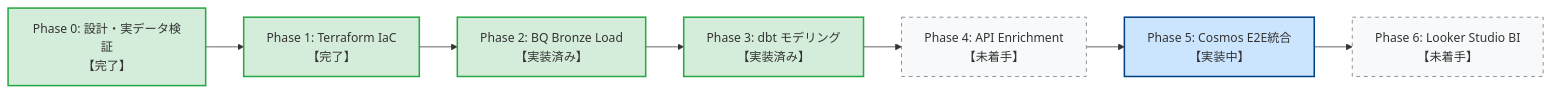
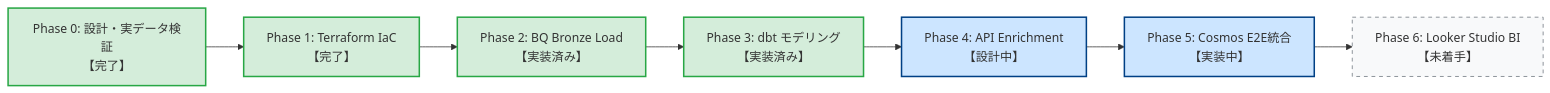
Before and after one commit to xzyozi/gh-archive-lakehouse: the second of 2 diagrams in README.md, drawn with Mermaid. The commit also changed other lines of this file and 2 other files, not shown here.

````diff
--- a/README.md
+++ b/README.md
@@ -73,13 +73,13 @@
 ```mermaid
 flowchart LR
     P0["Phase 0: 設計・実データ検証<br/>【完了】"]:::done --> P1["Phase 1: Terraform IaC<br/>【完了】"]:::done
     P1 --> P2["Phase 2: BQ Bronze Load<br/>【実装済み】"]:::done
     P2 --> P3["Phase 3: dbt モデリング<br/>【実装済み】"]:::done
-    P3 --> P4["Phase 4: API Enrichment<br/>【未着手】"]:::todo
+    P3 --> P4["Phase 4: API Enrichment<br/>【設計中】"]:::current
     P4 --> P5["Phase 5: Cosmos E2E統合<br/>【実装中】"]:::current
     P5 --> P6["Phase 6: Looker Studio BI<br/>【未着手】"]:::todo
 
     classDef done fill:#d4edda,stroke:#28a745,stroke-width:2px;
     classDef current fill:#cce5ff,stroke:#004085,stroke-width:2px;
     classDef todo fill:#f8f9fa,stroke:#6c757d,stroke-dasharray: 5 5;
 ```
````
